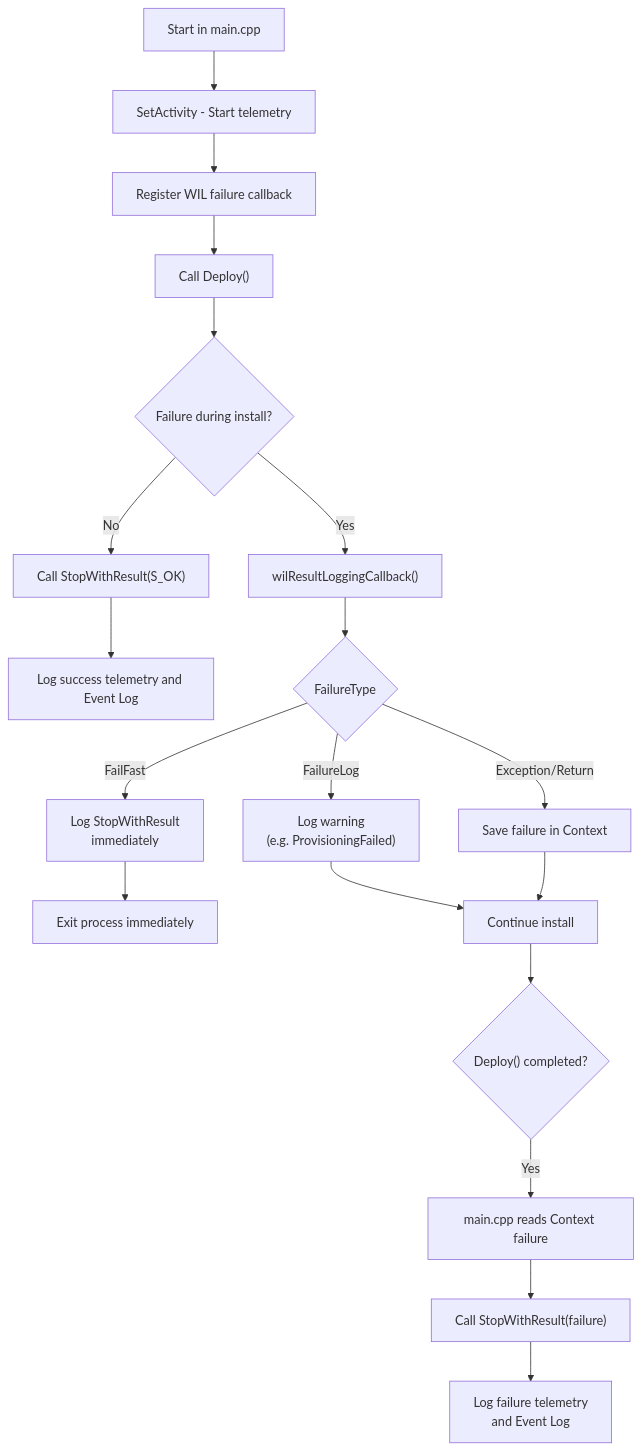
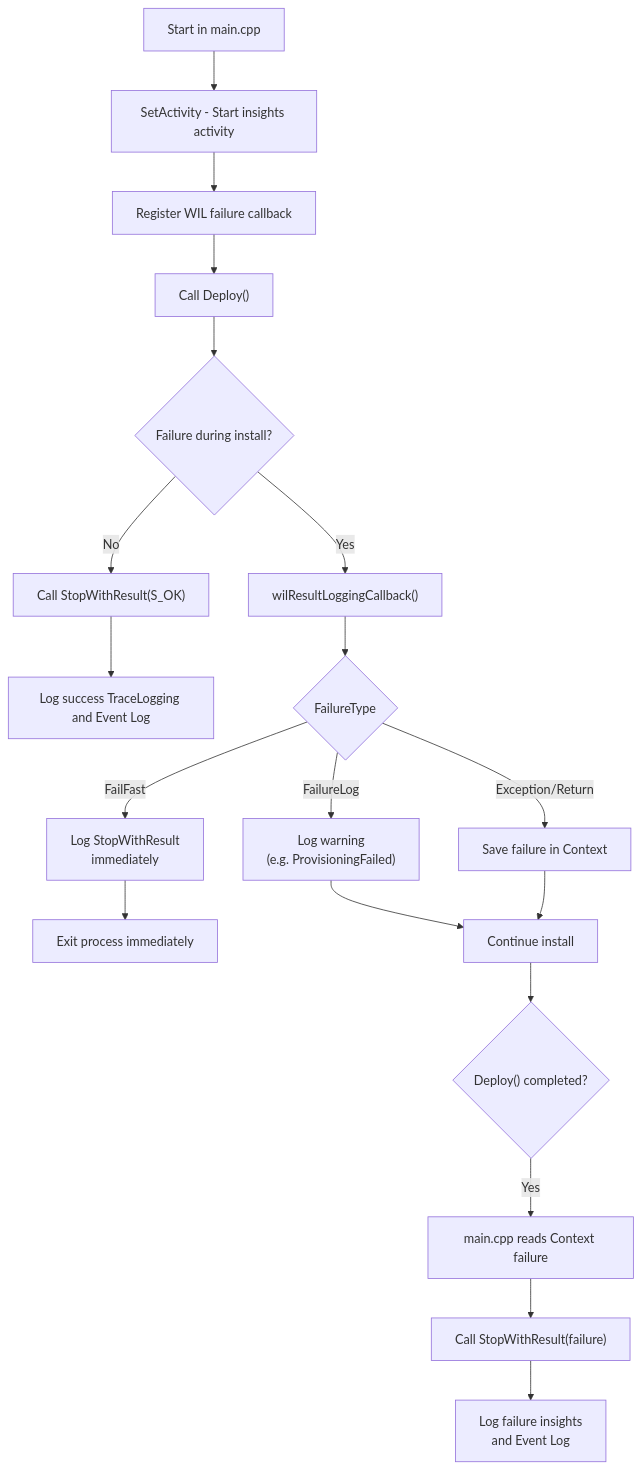
One commit to microsoft/WindowsAppSDK changed the diagram in installer/README.md. Above: the diagram before and after it, drawn with Mermaid. The commit also changed other lines of this file, not shown here.

Commit message:
reword insights and line wrap

````diff
--- a/installer/README.md
+++ b/installer/README.md
@@ -34,46 +45,46 @@
 ```mermaid
 flowchart TD
     A[Start in main.cpp]
-    B[SetActivity - Start telemetry]
+    B[SetActivity - Start insights activity]
     C[Register WIL failure callback]
     D["Call Deploy()"]
     E{Failure during install?}
     F["Call StopWithResult(S_OK)"]
-    G[Log success telemetry and Event Log]
+    G[Log success TraceLogging and Event Log]
     H["wilResultLoggingCallback()"]
     I{FailureType}
     J1["Log warning<br/>(e.g. ProvisioningFailed)"]
     J2[Save failure in Context]
     J3[Log StopWithResult<br/>immediately]
     X[Exit process immediately]
     K[Continue install]
     L{"Deploy() completed?"}
     M[main.cpp reads Context failure]
     N["Call StopWithResult(failure)"]
-    O[Log failure telemetry<br/>and Event Log]
+    O[Log failure insights<br/>and Event Log]
 
     A --> B
     B --> C
     C --> D
     D --> E
 
     E -- No --> F
     F --> G
 
     E -- Yes --> H
     H --> I
 
     I -- FailureLog --> J1
     J1 --> K
 
     I -- Exception/Return --> J2
     J2 --> K
 
     I -- FailFast --> J3
     J3 --> X
 
     K --> L
     L -- Yes --> M
     M --> N
     N --> O
 ```
````
